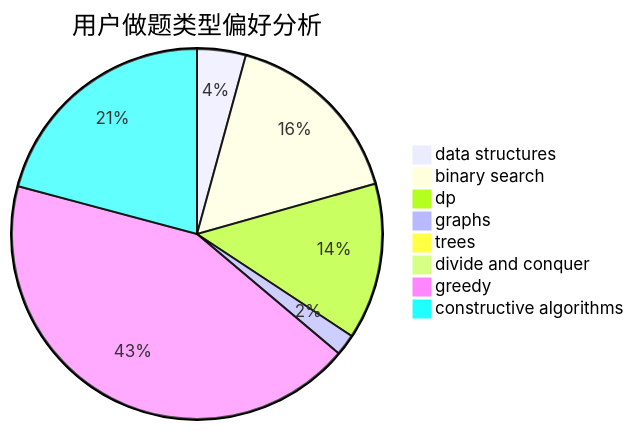
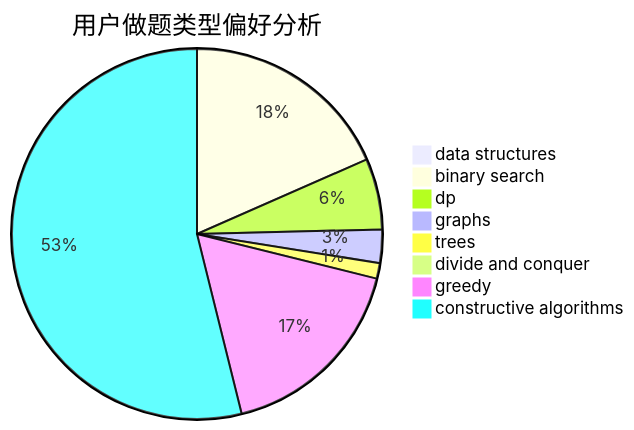
The second of 3 diagrams in docs/user/u841.md (sherpahu/cfrs.github.io), drawn with Mermaid before and after one commit. The commit also changed other lines of this file and 2770 other files, not shown here.

````diff
--- a/docs/user/u841.md
+++ b/docs/user/u841.md
@@ -23,11 +23,11 @@
 ```mermaid
 pie title 用户做题类型偏好分析
-    "data structures" :  75
-    "binary search" :  289
-    "dp" :  241
-    "graphs" :  33
-    "trees" :  0
-    "divide and conquer" :  0
-    "greedy" :  759
-    "constructive algorithms" :  368
+    "data structures" :  5
+    "binary search" :  95
+    "dp" :  32
+    "graphs" :  15
+    "trees" :  7
+    "divide and conquer" :  1
+    "greedy" :  89
+    "constructive algorithms" :  278
 ```
````
